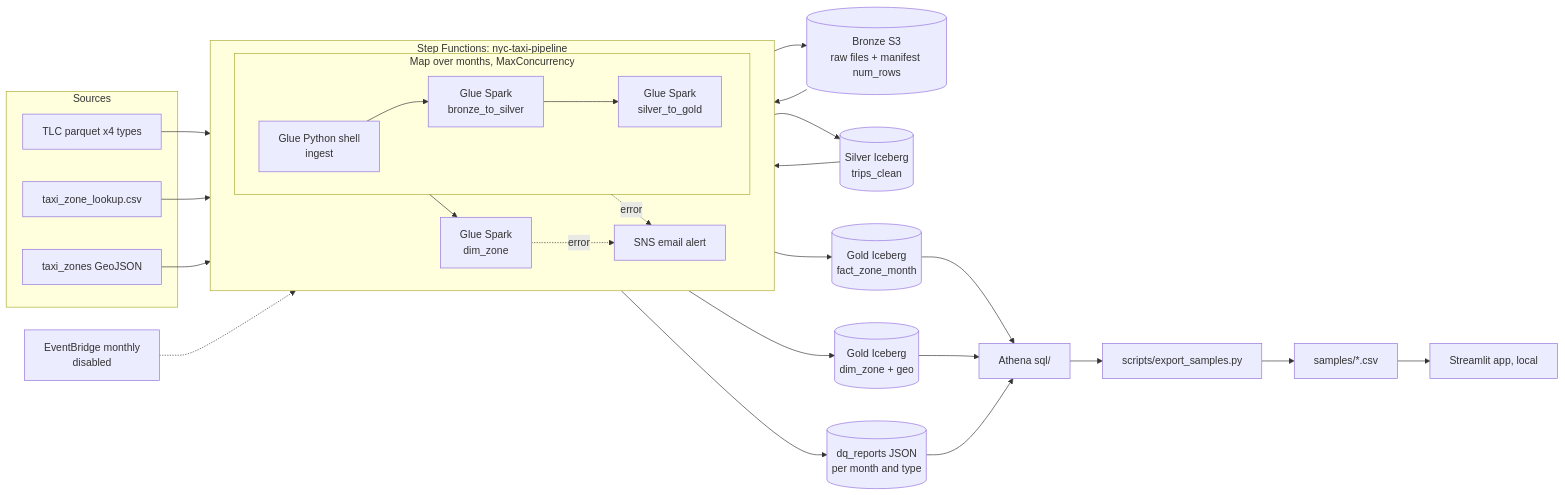
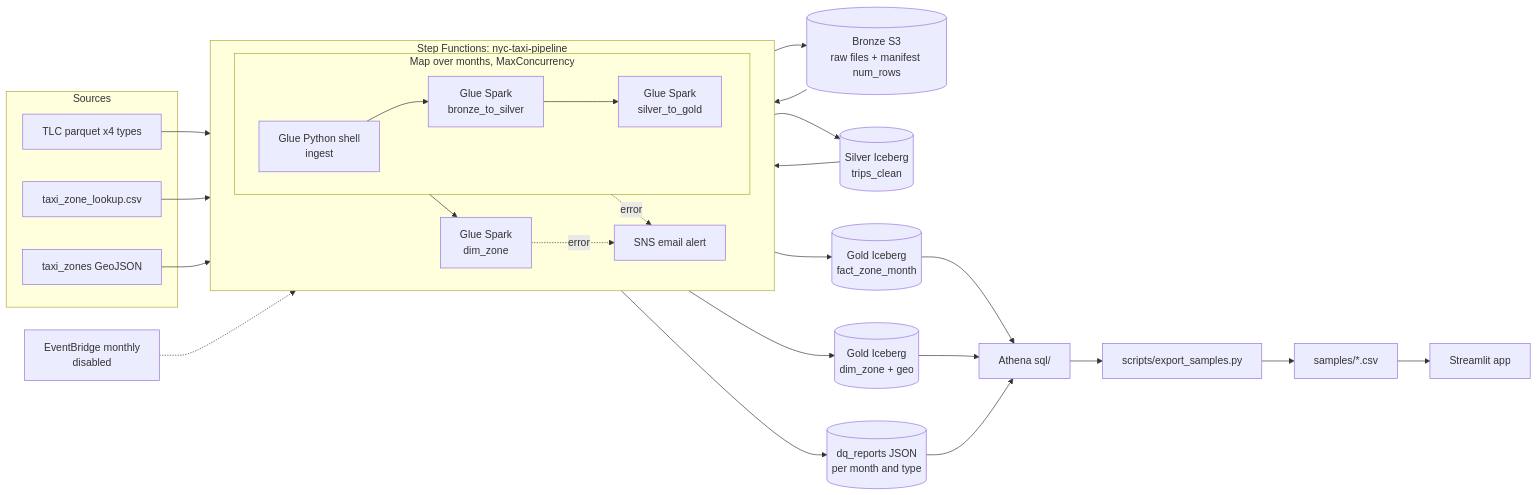
Before and after one commit to Chain361/nyc-taxi-pipeline: the diagram in README.md, drawn with Mermaid. The commit also changed other lines of this file and 28 other files, not shown here.

````diff
--- a/README.md
+++ b/README.md
@@ -45,27 +45,27 @@
 ```mermaid
 flowchart LR
   subgraph Sources
     TLC[TLC parquet x4 types]
     CSV[taxi_zone_lookup.csv]
     GEO[taxi_zones GeoJSON]
   end
   subgraph SFN[Step Functions: nyc-taxi-pipeline]
     direction LR
     subgraph MAP[Map over months, MaxConcurrency]
       I[Glue Python shell<br/>ingest] --> S[Glue Spark<br/>bronze_to_silver] --> G[Glue Spark<br/>silver_to_gold]
     end
     MAP --> D[Glue Spark<br/>dim_zone]
     MAP -. error .-> SNS[SNS email alert]
     D -. error .-> SNS
   end
   TLC & CSV & GEO --> I
   I --> B[(Bronze S3<br/>raw files + manifest num_rows)]
   B --> S
   S --> SV[(Silver Iceberg<br/>trips_clean)]
   S --> DQ[(dq_reports JSON<br/>per month and type)]
   SV --> G --> GF[(Gold Iceberg<br/>fact_zone_month)]
   D --> DZ[(Gold Iceberg<br/>dim_zone + geo)]
   GF & DZ & DQ --> ATH[Athena sql/]
-  ATH --> EXP[scripts/export_samples.py] --> SM[samples/*.csv] --> APP[Streamlit app, local]
+  ATH --> EXP[scripts/export_samples.py] --> SM[samples/*.csv] --> APP[Streamlit app]
   EB[EventBridge monthly<br/>disabled] -.-> SFN
 ```
````
